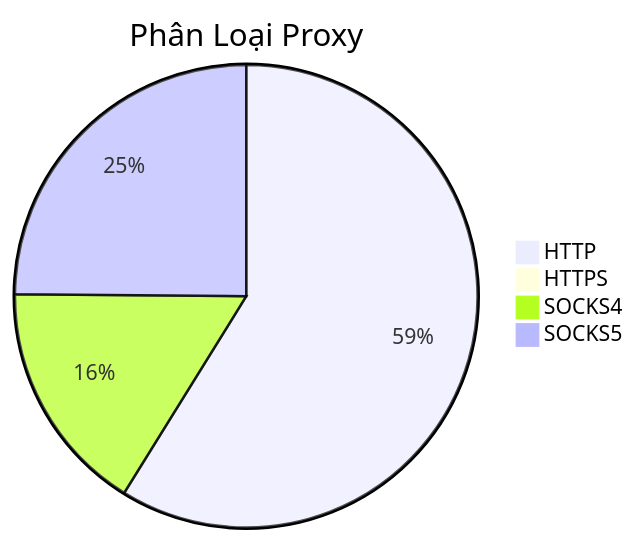
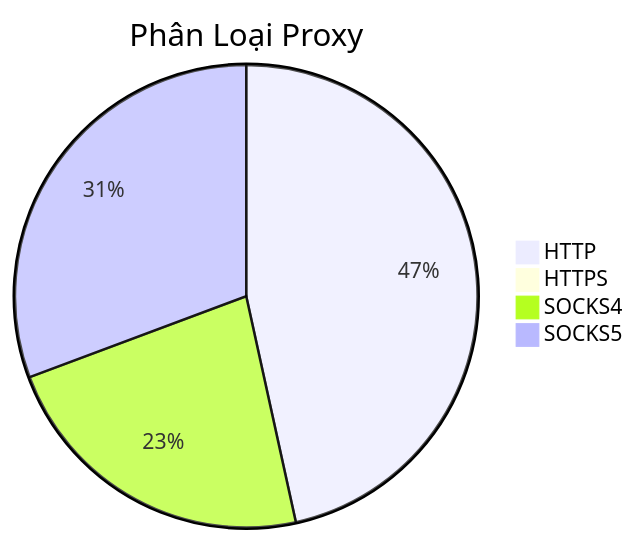
The diagram in README.md (Ciara-12/PROXY-free), drawn with Mermaid before and after one commit. The commit also changed other lines of this file and 3 other files, not shown here.

````diff
--- a/README.md
+++ b/README.md
@@ -26,7 +26,7 @@
 ```mermaid
 pie title Phân Loại Proxy
-    "HTTP" : 975
+    "HTTP" : 575
     "HTTPS" : 0
-    "SOCKS4" : 270
-    "SOCKS5" : 412
+    "SOCKS4" : 281
+    "SOCKS5" : 379
 ```
````
